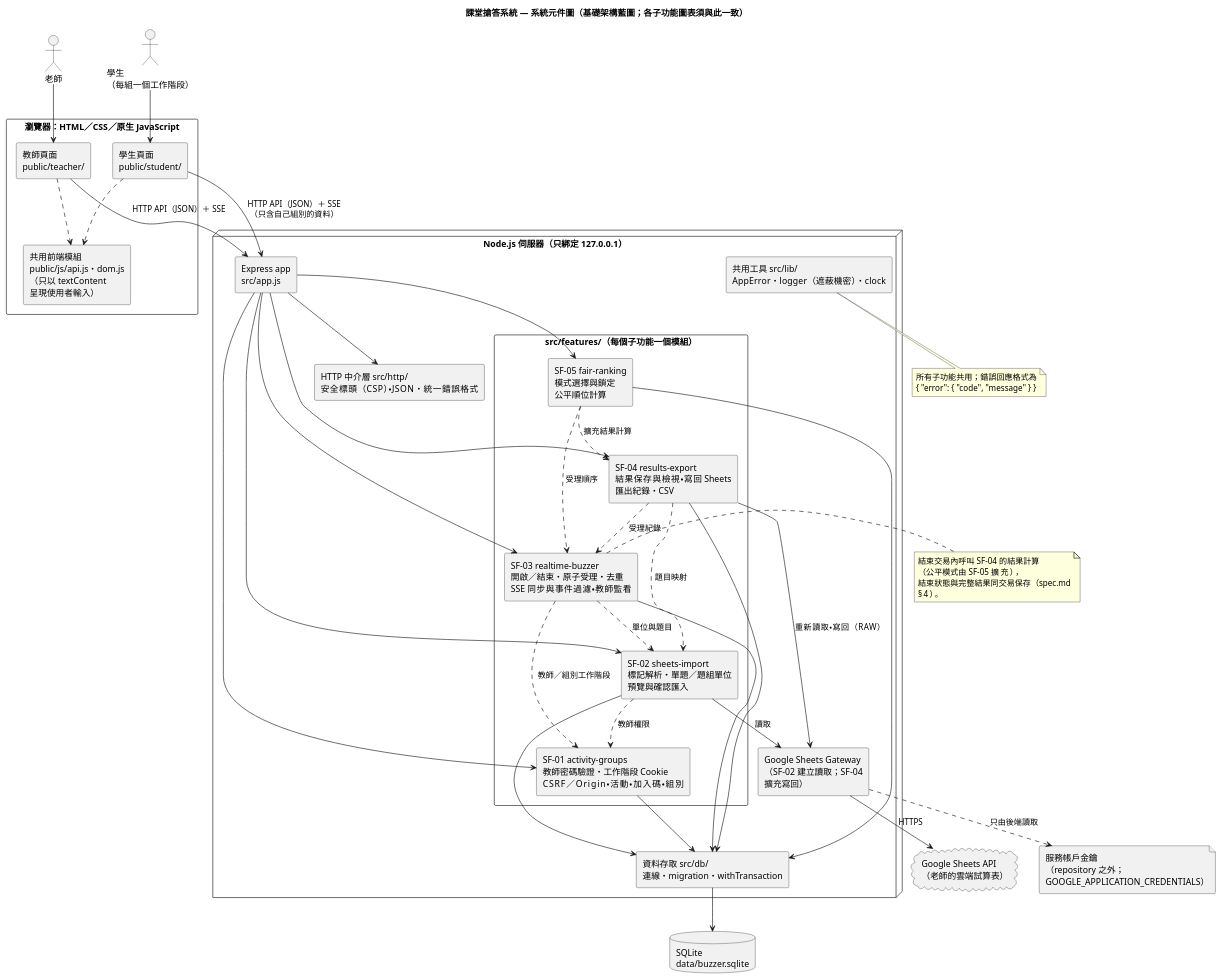
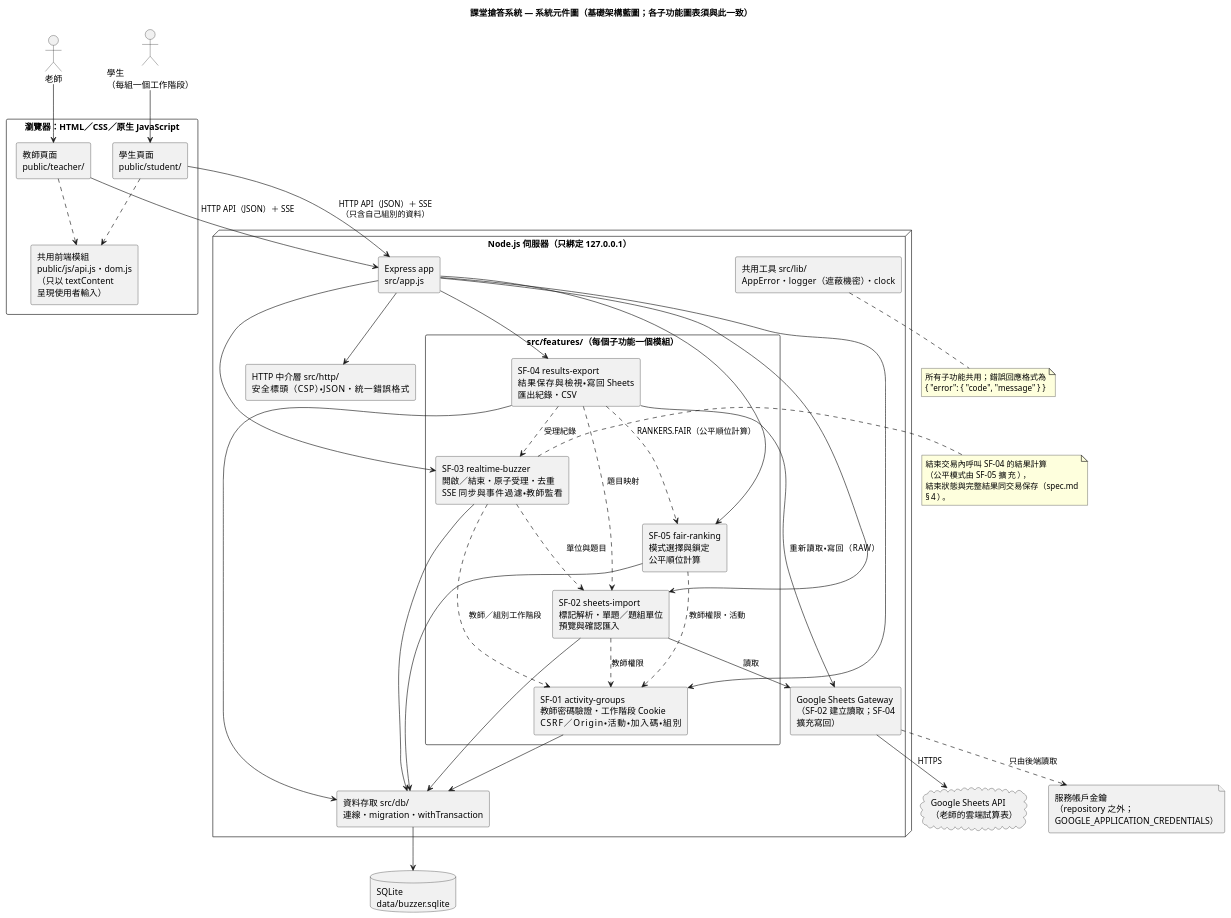
The diagram in diagrams/system-component.puml (tom1030507/classroom-buzzer-system-speckit), drawn with PlantUML before and after one commit. The commit also changed 5 other files, not shown here.

Commit message:
docs(diagrams): sync the SF-05 diagrams and the system component baseline

```diff
--- a/diagrams/system-component.puml
+++ b/diagrams/system-component.puml
@@ -1,82 +1,82 @@
 @startuml system-component
 title 課堂搶答系統 — 系統元件圖（基礎架構藍圖；各子功能圖表須與此一致）
 skinparam shadowing false
 skinparam componentStyle rectangle
 skinparam packageStyle rectangle
 skinparam wrapWidth 220
 
 actor "老師" as Teacher
 actor "學生\n（每組一個工作階段）" as Student
 
 package "瀏覽器：HTML／CSS／原生 JavaScript" {
   [教師頁面\npublic/teacher/] as TeacherUI
   [學生頁面\npublic/student/] as StudentUI
   [共用前端模組\npublic/js/api.js・dom.js\n（只以 textContent 呈現使用者輸入）] as WebShared
 }
 
 node "Node.js 伺服器（只綁定 127.0.0.1）" {
   [Express app\nsrc/app.js] as App
   [HTTP 中介層 src/http/\n安全標頭（CSP）・JSON・統一錯誤格式] as Http
 
   package "src/features/（每個子功能一個模組）" {
     [SF-01 activity-groups\n教師密碼驗證・工作階段 Cookie\nCSRF／Origin・活動・加入碼・組別] as SF01
     [SF-02 sheets-import\n標記解析・單題／題組單位\n預覽與確認匯入] as SF02
     [SF-03 realtime-buzzer\n開啟／結束・原子受理・去重\nSSE 同步與事件過濾・教師監看] as SF03
     [SF-04 results-export\n結果保存與檢視・寫回 Sheets\n匯出紀錄・CSV] as SF04
     [SF-05 fair-ranking\n模式選擇與鎖定\n公平順位計算] as SF05
   }
 
   [Google Sheets Gateway\n（SF-02 建立讀取；SF-04 擴充寫回）] as Gateway
   [資料存取 src/db/\n連線・migration・withTransaction] as Db
   [共用工具 src/lib/\nAppError・logger（遮蔽機密）・clock] as Lib
 }
 
 database "SQLite\ndata/buzzer.sqlite" as SQLite
 cloud "Google Sheets API\n（老師的雲端試算表）" as SheetsApi
 file "服務帳戶金鑰\n（repository 之外；\nGOOGLE_APPLICATION_CREDENTIALS）" as Credentials
 
 Teacher --> TeacherUI
 Student --> StudentUI
 TeacherUI ..> WebShared
 StudentUI ..> WebShared
 TeacherUI --> App : HTTP API（JSON）＋ SSE
 StudentUI --> App : HTTP API（JSON）＋ SSE\n（只含自己組別的資料）
 
 App --> Http
 App --> SF01
 App --> SF02
 App --> SF03
 App --> SF04
 App --> SF05
 
 SF02 ..> SF01 : 教師權限
 SF03 ..> SF01 : 教師／組別工作階段
 SF03 ..> SF02 : 單位與題目
 SF04 ..> SF02 : 題目映射
 SF04 ..> SF03 : 受理紀錄
-SF05 ..> SF04 : 擴充結果計算
-SF05 ..> SF03 : 受理順序
+SF04 ..> SF05 : RANKERS.FAIR（公平順位計算）
+SF05 ..> SF01 : 教師權限・活動
 
 SF02 --> Gateway : 讀取
 SF04 --> Gateway : 重新讀取・寫回（RAW）
 Gateway --> SheetsApi : HTTPS
 Gateway ..> Credentials : 只由後端讀取
 
 SF01 --> Db
 SF02 --> Db
 SF03 --> Db
 SF04 --> Db
 SF05 --> Db
 Db --> SQLite
 
 note right of SF03
   結束交易內呼叫 SF-04 的結果計算
   （公平模式由 SF-05 擴充），
   結束狀態與完整結果同交易保存（spec.md §4）。
 end note
 
 note bottom of Lib
   所有子功能共用；錯誤回應格式為
   { "error": { "code", "message" } }
 end note
 @enduml
```
